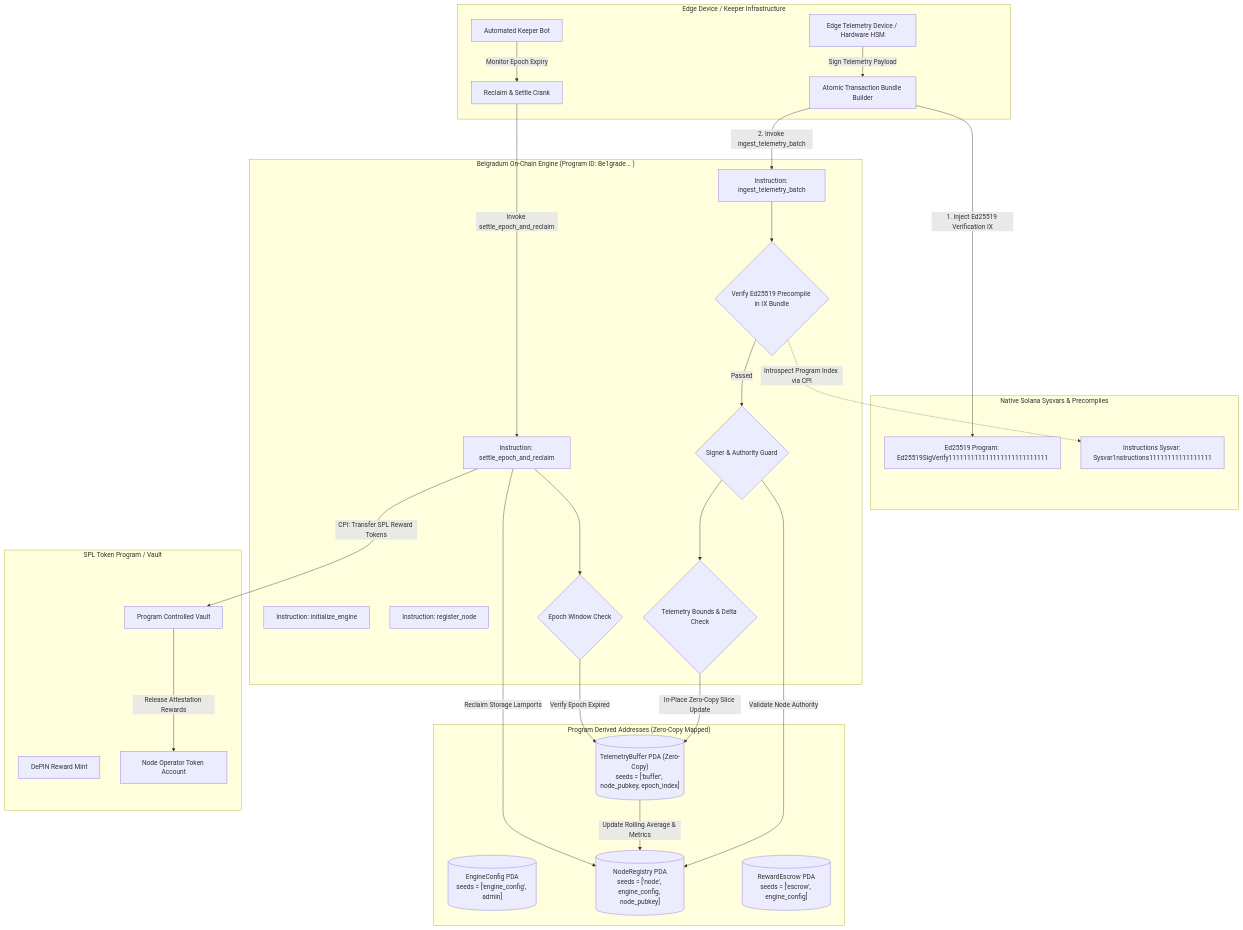
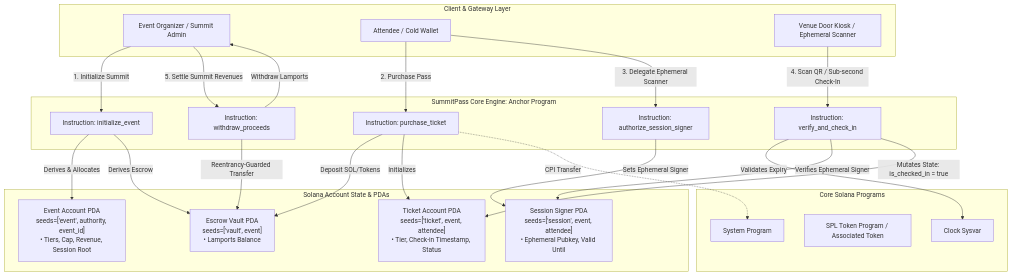
One commit to wiliancolomboo-tech/web3-solana-summit-serbia-content-bounty-d2bc23 changed the diagram in README.md. Above: the diagram before and after it, drawn with Mermaid. The commit also changed other lines of this file and 109 other files, not shown here.

Commit message:
feat(solana): consolidar artefatos e documentacao do solana summit serbia

````diff
--- a/README.md
+++ b/README.md
@@ -43,57 +31,51 @@
 ```mermaid
 flowchart TD
-    subgraph ClientAndHardware["Edge Device / Keeper Infrastructure"]
-        HW[Edge Telemetry Device / Hardware HSM] -->|Sign Telemetry Payload| BNDL[Atomic Transaction Bundle Builder]
-        KP[Automated Keeper Bot] -->|Monitor Epoch Expiry| SWP[Reclaim & Settle Crank]
+    subgraph ClientLayer [Client & Gateway Layer]
+        Organizer[Event Organizer / Summit Admin]
+        Attendee[Attendee / Cold Wallet]
+        DoorKiosk[Venue Door Kiosk / Ephemeral Scanner]
     end
 
-    subgraph RuntimePrecompiles["Native Solana Sysvars & Precompiles"]
-        ED25519[Ed25519 Program: Ed25519SigVerify111111111111111111111111111]
-        SYSVAR_IX[Instructions Sysvar: Sysvar1nstructions11111111111111111]
+    subgraph ProgramLayer [SummitPass Core Engine: Anchor Program]
+        InitEvent[Instruction: initialize_event]
+        BuyTicket[Instruction: purchase_ticket]
+        AuthSession[Instruction: authorize_session_signer]
+        CheckIn[Instruction: verify_and_check_in]
+        WithdrawFunds[Instruction: withdraw_proceeds]
     end
 
-    subgraph BelgradumProgram["Belgradum On-Chain Engine (Program ID: Be1grade... )"]
-        IX_INIT[Instruction: initialize_engine]
-        IX_REG[Instruction: register_node]
-        IX_INGEST[Instruction: ingest_telemetry_batch]
-        IX_SETTLE[Instruction: settle_epoch_and_reclaim]
-        
-        GUARD_SIGNER{Signer & Authority Guard}
-        GUARD_INTROSPECT{Verify Ed25519 Precompile in IX Bundle}
-        GUARD_BOUNDS{Telemetry Bounds & Delta Check}
-        GUARD_EPOCH{Epoch Window Check}
+    subgraph StateLayer [Solana Account State & PDAs]
+        EventPDA["Event Account PDA<br/>seeds=['event', authority, event_id]<br/>• Tiers, Cap, Revenue, Session Root"]
+        TicketPDA["Ticket Account PDA<br/>seeds=['ticket', event, attendee]<br/>• Tier, Check-in Timestamp, Status"]
+        SessionPDA["Session Signer PDA<br/>seeds=['session', event, attendee]<br/>• Ephemeral Pubkey, Valid Until"]
+        VaultPDA["Escrow Vault PDA<br/>seeds=['vault', event]<br/>• Lamports Balance"]
     end
 
-    subgraph StateAccounts["Program Derived Addresses (Zero-Copy Mapped)"]
-        CONF_PDA[("EngineConfig PDA<br/>seeds = ['engine_config', admin]")]
-        NODE_PDA[("NodeRegistry PDA<br/>seeds = ['node', engine_config, node_pubkey]")]
-        BUFFER_PDA[("TelemetryBuffer PDA (Zero-Copy)<br/>seeds = ['buffer', node_pubkey, epoch_index]")]
-        ESCROW_PDA[("RewardEscrow PDA<br/>seeds = ['escrow', engine_config]")]
+    subgraph SystemPrograms [Core Solana Programs]
+        SystemProg[System Program]
+        TokenProg[SPL Token Program / Associated Token]
+        SysVarClock[Clock Sysvar]
     end
 
-    subgraph SettlementLayer["SPL Token Program / Vault"]
-        MINT[DePIN Reward Mint]
-        REWARD_VAULT[Program Controlled Vault]
-        NODE_ATA[Node Operator Token Account]
-    end
+    %% Flow interactions
+    Organizer -->|1. Initialize Summit| InitEvent
+    InitEvent -->|Derives & Allocates| EventPDA
+    InitEvent -->|Derives Escrow| VaultPDA
 
-    %% Wiring Flows
-    BNDL -->|1. Inject Ed25519 Verification IX| ED25519
-    BNDL -->|2. Invoke ingest_telemetry_batch| IX_INGEST
+    Attendee -->|2. Purchase Pass| BuyTicket
+    BuyTicket -->|Deposit SOL/Tokens| VaultPDA
+    BuyTicket -->|Initializes| TicketPDA
+    BuyTicket -.->|CPI Transfer| SystemProg
 
-    IX_INGEST --> GUARD_INTROSPECT
-    GUARD_INTROSPECT -.->|Introspect Program Index via CPI| SYSVAR_IX
-    GUARD_INTROSPECT -->|Passed| GUARD_SIGNER
-    GUARD_SIGNER -->|Validate Node Authority| NODE_PDA
-    GUARD_SIGNER --> GUARD_BOUNDS
-    
-    GUARD_BOUNDS -->|In-Place Zero-Copy Slice Update| BUFFER_PDA
-    BUFFER_PDA -->|Update Rolling Average & Metrics| NODE_PDA
+    Attendee -->|3. Delegate Ephemeral Scanner| AuthSession
+    AuthSession -->|Sets Ephemeral Signer| SessionPDA
 
-    SWP -->|Invoke settle_epoch_and_reclaim| IX_SETTLE
-    IX_SETTLE --> GUARD_EPOCH
-    GUARD_EPOCH -->|Verify Epoch Expired| BUFFER_PDA
-    IX_SETTLE -->|CPI: Transfer SPL Reward Tokens| REWARD_VAULT
-    REWARD_VAULT -->|Release Attestation Rewards| NODE_ATA
-    IX_SETTLE -->|Reclaim Storage Lamports| NODE_PDA
+    DoorKiosk -->|4. Scan QR / Sub-second Check-In| CheckIn
+    CheckIn -->|Validates Expiry| SysVarClock
+    CheckIn -->|Verifies Ephemeral Signer| SessionPDA
+    CheckIn -->|Mutates State: is_checked_in = true| TicketPDA
+
+    Organizer -->|5. Settle Summit Revenues| WithdrawFunds
+    WithdrawFunds -->|Reentrancy-Guarded Transfer| VaultPDA
+    WithdrawFunds -->|Withdraw Lamports| Organizer
 ```
````
